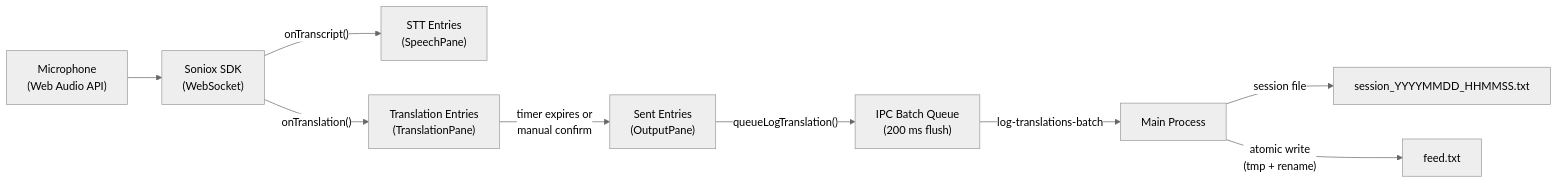
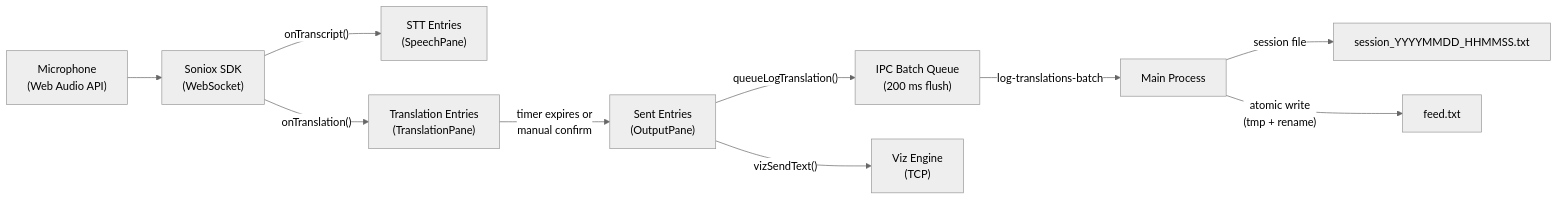
Before and after one commit to heroprogramm/express_transcription: the first of 2 diagrams in docs/architecture.md, drawn with Mermaid (neutral theme). The commit also changed other lines of this file and 5 other files, not shown here.

First line of the commit message:
docs: update architecture, components, and IPC docs; add viz-engine doc

````diff
--- a/docs/architecture.md
+++ b/docs/architecture.md
@@ -52,11 +63,12 @@
 ```mermaid
 flowchart LR
     MIC["Microphone<br/>(Web Audio API)"] --> SONIOX["Soniox SDK<br/>(WebSocket)"]
     SONIOX -->|"onTranscript()"| STT["STT Entries<br/>(SpeechPane)"]
     SONIOX -->|"onTranslation()"| TRANS["Translation Entries<br/>(TranslationPane)"]
     TRANS -->|"timer expires or<br/>manual confirm"| SENT["Sent Entries<br/>(OutputPane)"]
     SENT -->|"queueLogTranslation()"| BATCH["IPC Batch Queue<br/>(200 ms flush)"]
+    SENT -->|"vizSendText()"| VIZ["Viz Engine<br/>(TCP)"]
     BATCH -->|"log-translations-batch"| MAIN["Main Process"]
     MAIN -->|"session file"| LOG["session_YYYYMMDD_HHMMSS.txt"]
     MAIN -->|"atomic write<br/>(tmp + rename)"| FEED["feed.txt"]
 ```
````
